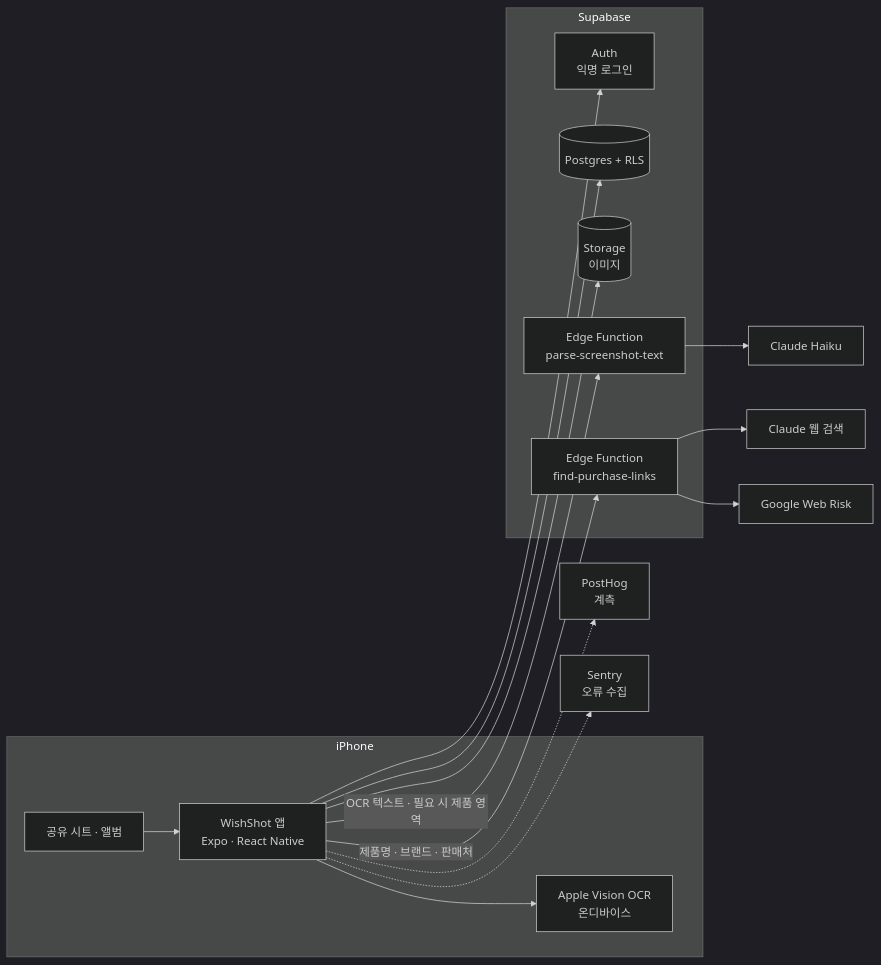
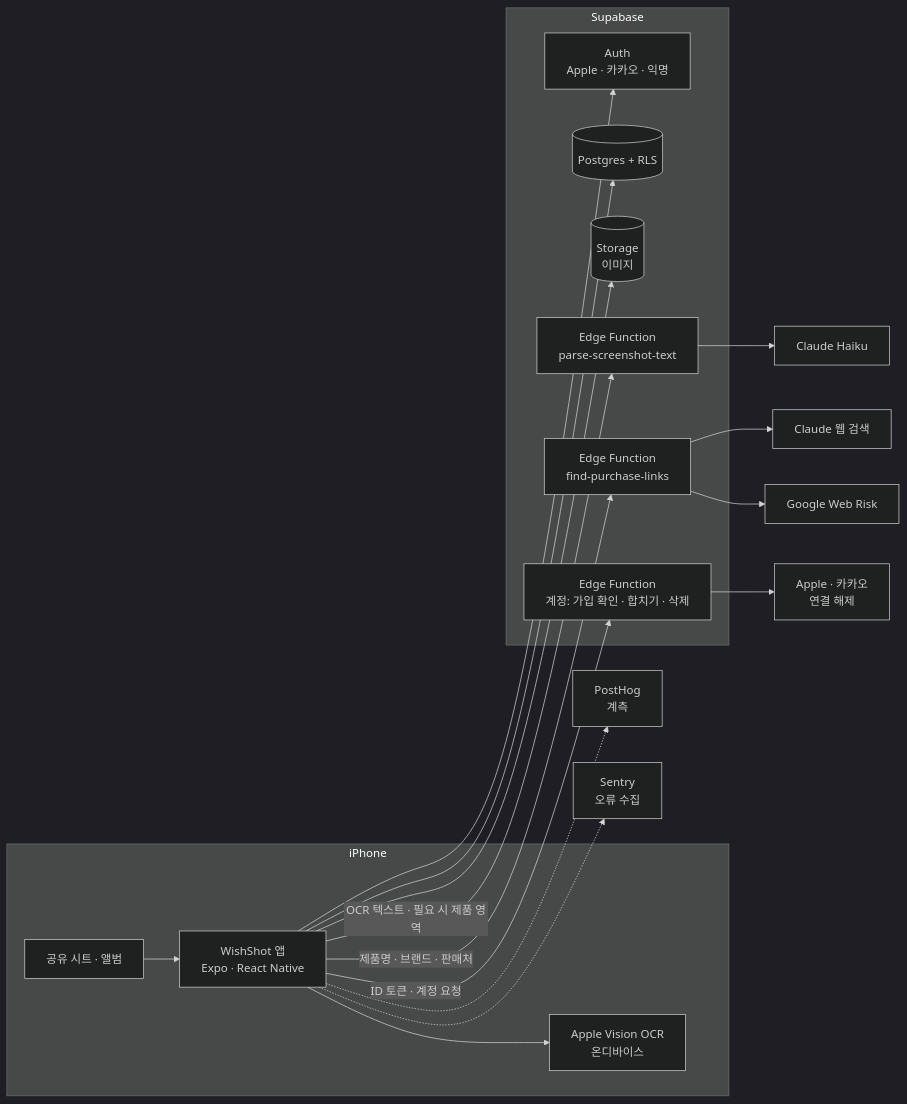
Before and after one commit to k0nghaa/wish-shot: the first of 2 diagrams in README.md, drawn with Mermaid (dark theme). The commit also changed 8 other files, not shown here.

````diff
--- a/README.md
+++ b/README.md
@@ -101,26 +101,29 @@
 ```mermaid
 flowchart LR
   subgraph iPhone
     Share[공유 시트 · 앨범] --> App[WishShot 앱<br/>Expo · React Native]
     App --> OCR[Apple Vision OCR<br/>온디바이스]
   end
 
   subgraph Supabase
-    Auth[Auth<br/>익명 로그인]
+    Auth[Auth<br/>Apple · 카카오 · 익명]
     DB[(Postgres + RLS)]
     Storage[(Storage<br/>이미지)]
     Parse[Edge Function<br/>parse-screenshot-text]
     Links[Edge Function<br/>find-purchase-links]
+    Account[Edge Function<br/>계정: 가입 확인 · 합치기 · 삭제]
   end
 
   App --> Auth
   App --> DB
   App --> Storage
   App -->|OCR 텍스트 · 필요 시 제품 영역| Parse
   App -->|제품명 · 브랜드 · 판매처| Links
+  App -->|ID 토큰 · 계정 요청| Account
+  Account --> Social[Apple · 카카오<br/>연결 해제]
   Parse --> Claude[Claude Haiku]
   Links --> Search[Claude 웹 검색]
   Links --> Risk[Google Web Risk]
   App -.-> PostHog[PostHog<br/>계측]
   App -.-> Sentry[Sentry<br/>오류 수집]
 ```
````
